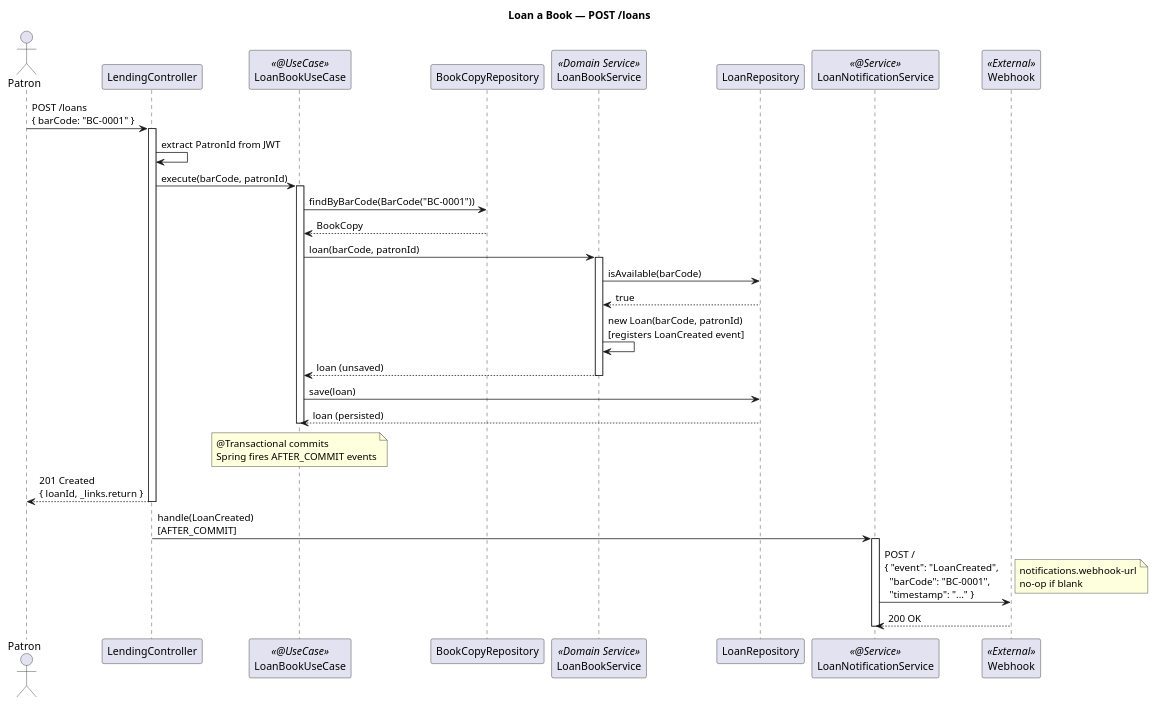
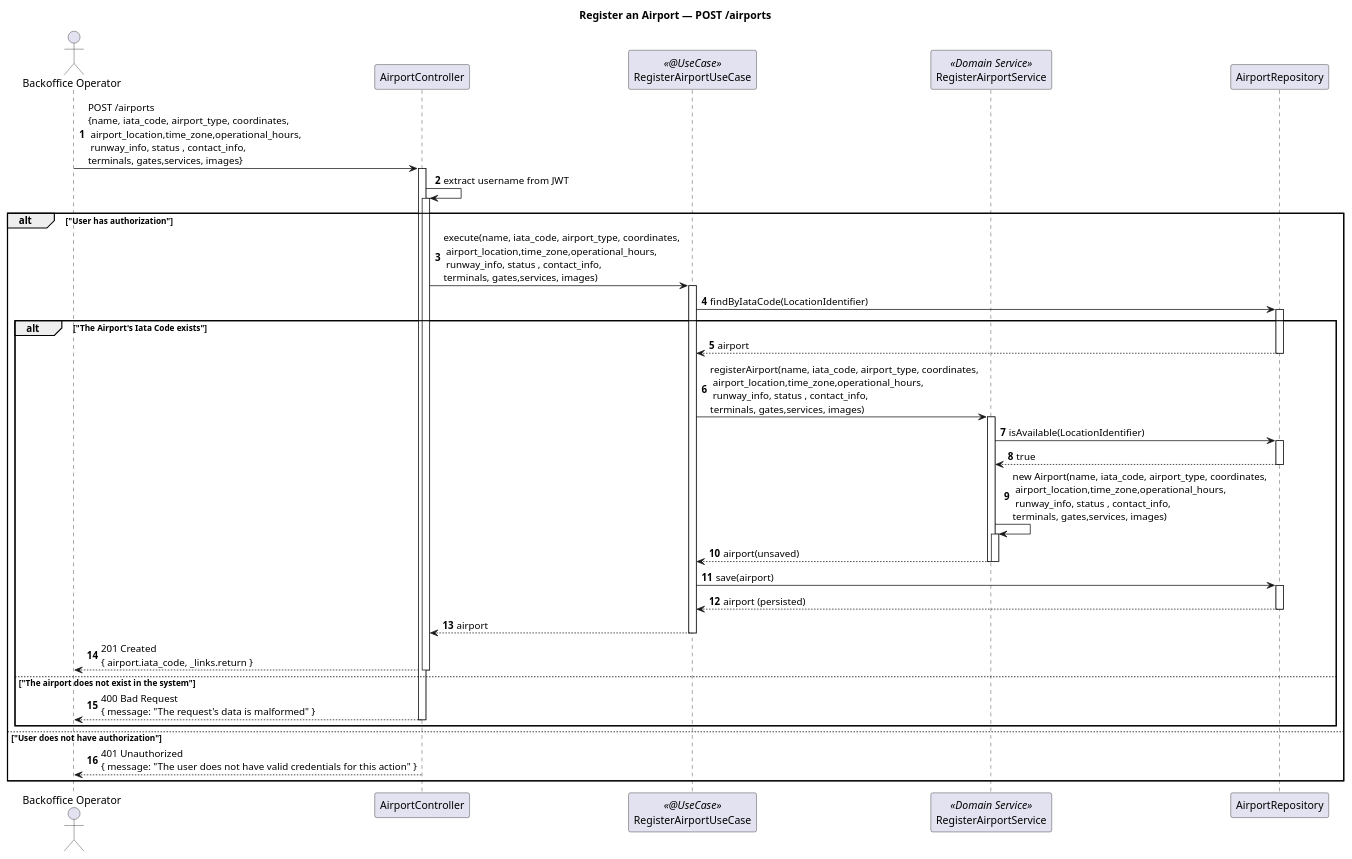
The diagram in docs/system-documentation/WP#2A/US106/US106_SD/US106_SD.puml (miguelsiilva1/PSOFT_1241008_1241131_1200858_1210977), drawn with PlantUML before and after one commit. The commit also changed 14 other files, not shown here.

Commit message:
Continuação dos esboços dos diagramas Signed-off-by: Miguel Silva <miguelangelorsilva1@gmail.com>

```diff
--- a/docs/system-documentation/WP#2A/US106/US106_SD/US106_SD.puml
+++ b/docs/system-documentation/WP#2A/US106/US106_SD/US106_SD.puml
@@ -1,49 +1,39 @@
 @startuml
-title Loan a Book — POST /loans
+autonumber
+title Register an Airport — POST /airports
 
-actor Patron
-participant LendingController
-participant LoanBookUseCase <<@UseCase>>
-participant BookCopyRepository
-participant LoanBookService <<Domain Service>>
-participant LoanRepository
-participant LoanNotificationService <<@Service>>
-participant Webhook <<External>>
+autoactivate on
 
-Patron -> LendingController : POST /loans\n{ barCode: "BC-0001" }
-activate LendingController
+actor "Backoffice Operator" as BO
+participant AirportController
+participant RegisterAirportUseCase <<@UseCase>>
+participant RegisterAirportService <<Domain Service>>
+participant AirportRepository
 
-LendingController -> LendingController : extract PatronId from JWT
-LendingController -> LoanBookUseCase : execute(barCode, patronId)
-activate LoanBookUseCase
+BO -> AirportController : POST /airports\n{name, iata_code, airport_type, coordinates,\n airport_location,time_zone,operational_hours,\n runway_info, status , contact_info, \nterminals, gates,services, images}
 
-LoanBookUseCase -> BookCopyRepository : findByBarCode(BarCode("BC-0001"))
-BookCopyRepository --> LoanBookUseCase : BookCopy
+AirportController -> AirportController : extract username from JWT
+alt "User has authorization"
+    AirportController -> RegisterAirportUseCase : execute(name, iata_code, airport_type, coordinates,\n airport_location,time_zone,operational_hours,\n runway_info, status , contact_info, \nterminals, gates,services, images)
+        RegisterAirportUseCase -> AirportRepository : findByIataCode(LocationIdentifier)
+        alt "The Airport's Iata Code exists"
+        AirportRepository --> RegisterAirportUseCase: airport
+        RegisterAirportUseCase -> RegisterAirportService: registerAirport(name, iata_code, airport_type, coordinates,\n airport_location,time_zone,operational_hours,\n runway_info, status , contact_info, \nterminals, gates,services, images)
+            RegisterAirportService -> AirportRepository : isAvailable(LocationIdentifier)
+            AirportRepository --> RegisterAirportService : true
+            RegisterAirportService -> RegisterAirportService : new Airport(name, iata_code, airport_type, coordinates,\n airport_location,time_zone,operational_hours,\n runway_info, status , contact_info, \nterminals, gates,services, images)
+        RegisterAirportService --> RegisterAirportUseCase : airport(unsaved)
+        deactivate
+        RegisterAirportUseCase -> AirportRepository : save(airport)
+        AirportRepository --> RegisterAirportUseCase : airport (persisted)
+    RegisterAirportUseCase --> AirportController : airport
+AirportController --> BO : 201 Created\n{ airport.iata_code, _links.return }
+    else "The airport does not exist in the system"
+AirportController --> BO : 400 Bad Request\n{ message: "The request's data is malformed" }
+    end
 
-LoanBookUseCase -> LoanBookService : loan(barCode, patronId)
-activate LoanBookService
-
-LoanBookService -> LoanRepository : isAvailable(barCode)
-LoanRepository --> LoanBookService : true
-
-LoanBookService -> LoanBookService : new Loan(barCode, patronId)\n[registers LoanCreated event]
-LoanBookService --> LoanBookUseCase : loan (unsaved)
-deactivate LoanBookService
-
-LoanBookUseCase -> LoanRepository : save(loan)
-LoanRepository --> LoanBookUseCase : loan (persisted)
-deactivate LoanBookUseCase
-
-note over LoanBookUseCase : @Transactional commits\nSpring fires AFTER_COMMIT events
-
-LendingController --> Patron : 201 Created\n{ loanId, _links.return }
-deactivate LendingController
-
-LendingController -> LoanNotificationService : handle(LoanCreated)\n[AFTER_COMMIT]
-activate LoanNotificationService
-LoanNotificationService -> Webhook : POST /\n{ "event": "LoanCreated",\n  "barCode": "BC-0001",\n  "timestamp": "..." }
-note right: notifications.webhook-url\nno-op if blank
-Webhook --> LoanNotificationService : 200 OK
-deactivate LoanNotificationService
+else "User does not have authorization"
+AirportController --> BO : 401 Unauthorized\n{ message: "The user does not have valid credentials for this action" }
+end
 
 @enduml
```
